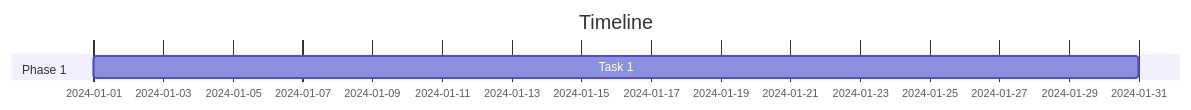
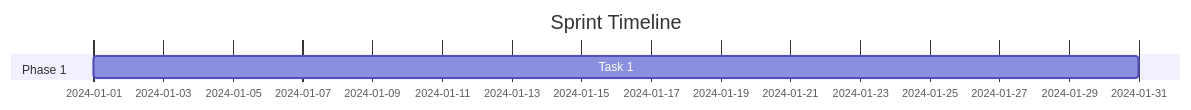
Diagram 14 of 18 in guides/markdown.md (delian/codeguide-mcp), drawn with Mermaid before and after one commit. The commit also changed other lines of this file, not shown here.

````diff
--- a/guides/markdown.md
+++ b/guides/markdown.md
@@ -3189,6 +3874,6 @@
 ```mermaid
 gantt
-    title Timeline
+    title Sprint Timeline
     section Phase 1
     Task 1: 2024-01-01, 30d
 ```
````
